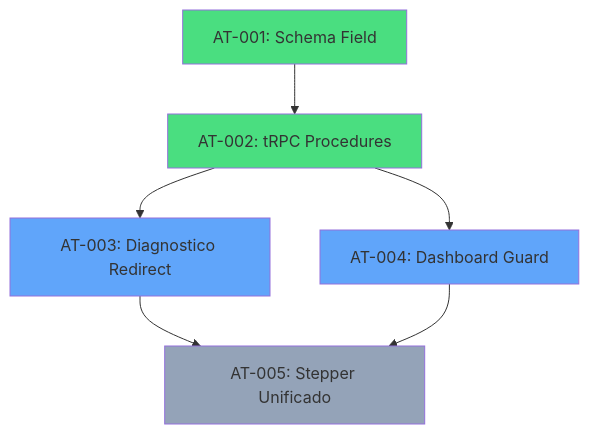
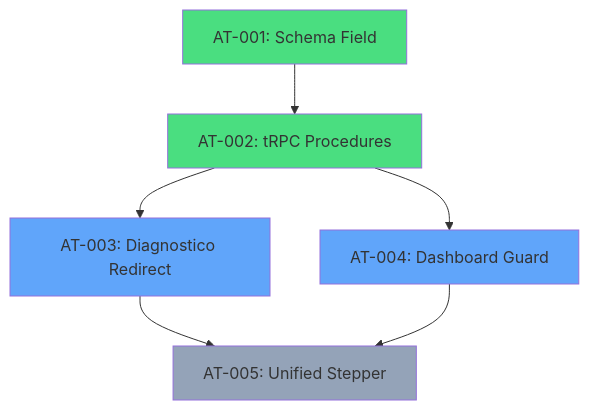
The diagram in docs/PLAN-fase-5-onboarding.md (xldeveloper/grupous-neondash), drawn with Mermaid before and after one commit. The commit also changed other lines of this file and 166 other files, not shown here.

````diff
--- a/docs/PLAN-fase-5-onboarding.md
+++ b/docs/PLAN-fase-5-onboarding.md
@@ -284,14 +284,14 @@
 ```mermaid
 graph TD
     AT001[AT-001: Schema Field] --> AT002[AT-002: tRPC Procedures]
     AT002 --> AT003[AT-003: Diagnostico Redirect]
     AT002 --> AT004[AT-004: Dashboard Guard]
-    AT003 --> AT005[AT-005: Stepper Unificado]
+    AT003 --> AT005[AT-005: Unified Stepper]
     AT004 --> AT005
 
     style AT001 fill:#4ade80
     style AT002 fill:#4ade80
     style AT003 fill:#60a5fa
     style AT004 fill:#60a5fa
     style AT005 fill:#94a3b8
 ```
````
